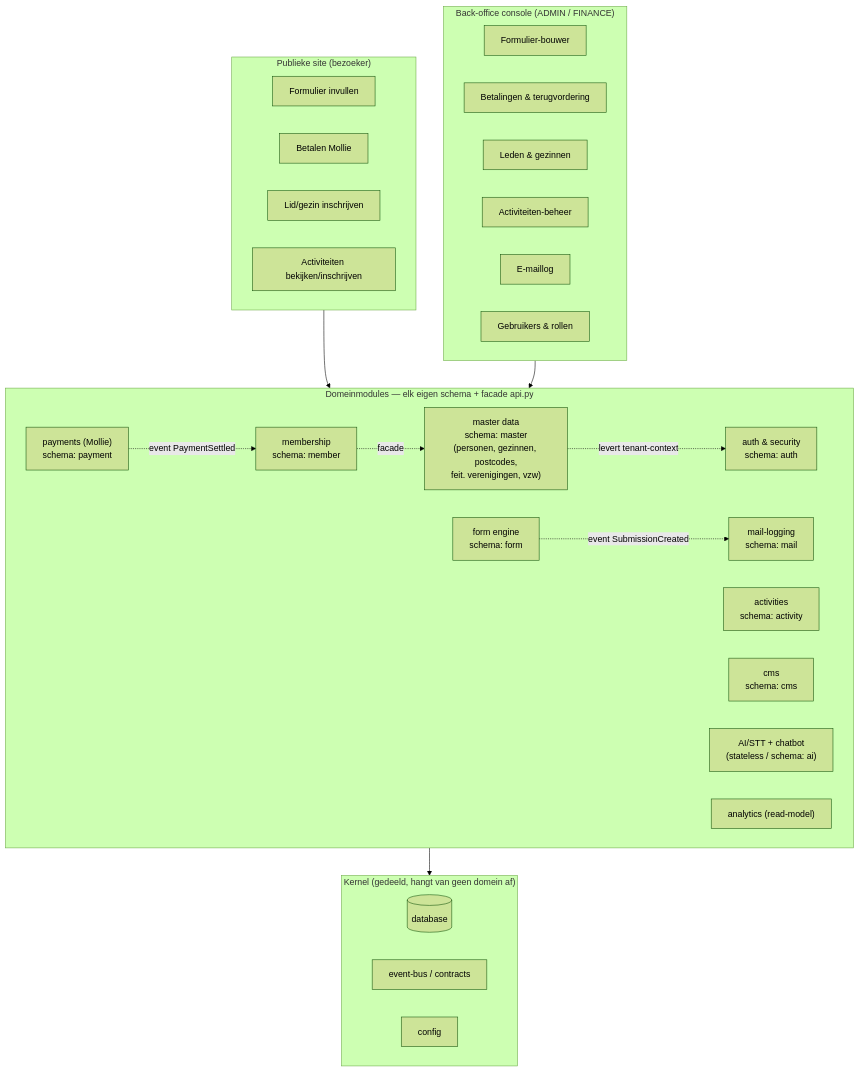
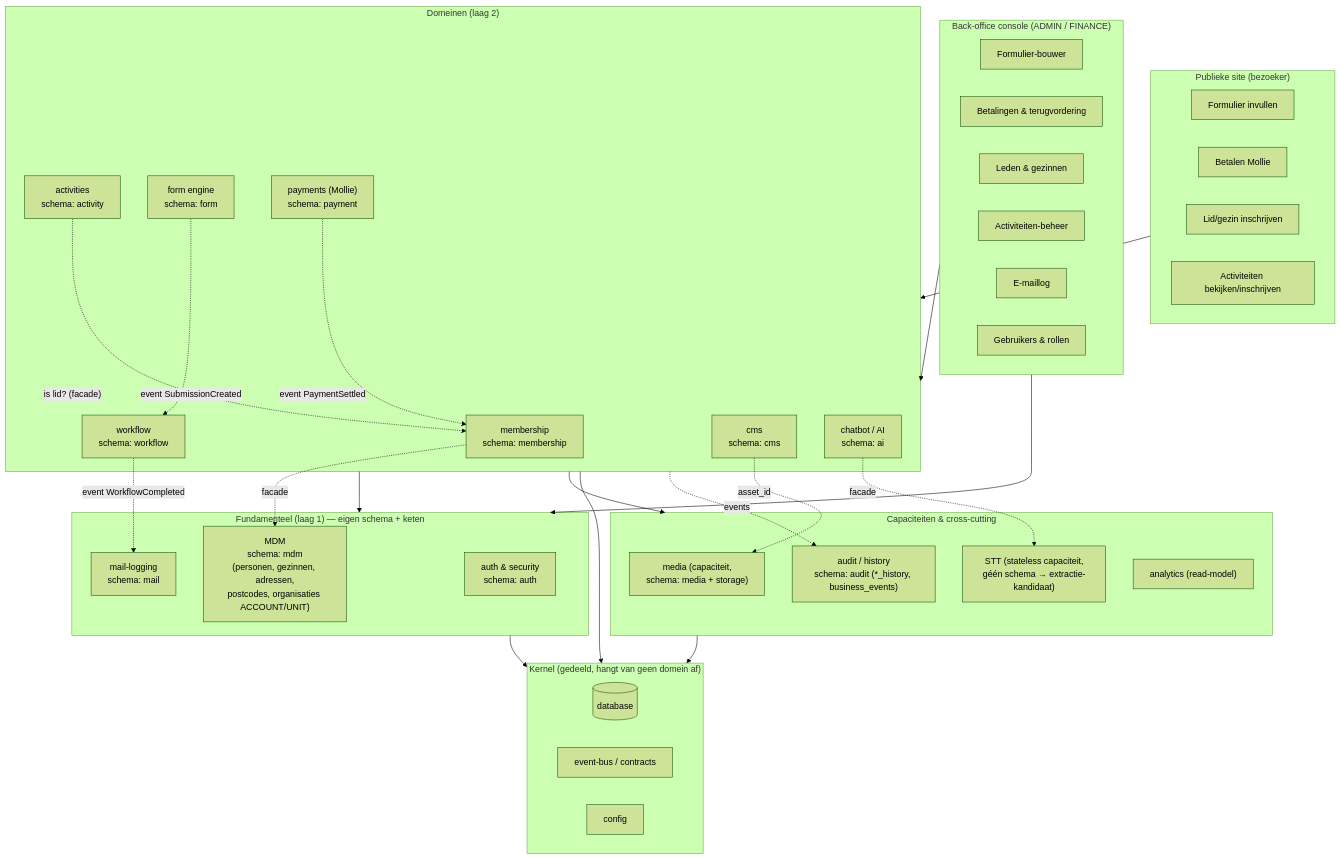
Before and after one commit to KoenRenders/KoenTest: the second of 10 diagrams in docs/intermediate-architecture-upgrade-v1.md, drawn with Mermaid (forest theme). The commit also changed other lines of this file, not shown here.

First line of the commit message:
docs: architecture v1 — componenten scherpgesteld + master→MDM

````diff
--- a/docs/intermediate-architecture-upgrade-v1.md
+++ b/docs/intermediate-architecture-upgrade-v1.md
@@ -78,47 +78,66 @@
 ```mermaid
 flowchart TB
   subgraph Public["Publieke site (bezoeker)"]
     PUB_FORM[Formulier invullen]
     PUB_PAY[Betalen Mollie]
     PUB_REG[Lid/gezin inschrijven]
     PUB_ACT[Activiteiten bekijken/inschrijven]
   end
 
   subgraph BO["Back-office console (ADMIN / FINANCE)"]
     BO_FORMBUILD[Formulier-bouwer]
     BO_PAY[Betalingen & terugvordering]
     BO_MEMBERS[Leden & gezinnen]
     BO_ACT[Activiteiten-beheer]
     BO_MAIL[E-maillog]
     BO_USERS[Gebruikers & rollen]
   end
 
   subgraph Kernel["Kernel (gedeeld, hangt van geen domein af)"]
     K_DB[(database)]
     K_EVENTS[event-bus / contracts]
     K_CFG[config]
   end
 
-  subgraph Domains["Domeinmodules — elk eigen schema + facade api.py"]
+  subgraph Foundational["Fundamenteel (laag 1) — eigen schema + keten"]
     D_AUTH["auth & security<br/>schema: auth"]
-    D_MASTER["master data<br/>schema: master<br/>(personen, gezinnen, postcodes,<br/>feit. verenigingen, vzw)"]
+    D_MASTER["MDM<br/>schema: mdm<br/>(personen, gezinnen, adressen,<br/>postcodes, organisaties ACCOUNT/UNIT)"]
+    D_MAIL["mail-logging<br/>schema: mail"]
+  end
+
+  subgraph Domains["Domeinen (laag 2)"]
+    D_MEMBER["membership<br/>schema: membership"]
+    D_ACT["activities<br/>schema: activity"]
     D_FORM["form engine<br/>schema: form"]
+    D_WF["workflow<br/>schema: workflow"]
     D_PAY["payments (Mollie)<br/>schema: payment"]
-    D_MAIL["mail-logging<br/>schema: mail"]
-    D_MEMBER["membership<br/>schema: member"]
-    D_ACT["activities<br/>schema: activity"]
     D_CMS["cms<br/>schema: cms"]
-    D_AI["AI/STT + chatbot<br/>(stateless / schema: ai)"]
+    D_CHAT["chatbot / AI<br/>schema: ai"]
+  end
+
+  subgraph Cap["Capaciteiten & cross-cutting"]
+    D_MEDIA["media (capaciteit,<br/>schema: media + storage)"]
+    D_STT["STT (stateless capaciteit,<br/>géén schema → extractie-kandidaat)"]
+    D_AUDIT["audit / history<br/>schema: audit (*_history, business_events)"]
     D_ANALYTICS["analytics (read-model)"]
   end
 
   Public --> Domains
   BO --> Domains
+  BO --> Foundational
+  Domains --> Foundational
+  Domains --> Cap
   Domains --> Kernel
+  Foundational --> Kernel
+  Cap --> Kernel
 
   %% cross-module enkel via facade/events
   D_MEMBER -. facade .-> D_MASTER
+  D_ACT -. "is lid? (facade)" .-> D_MEMBER
   D_PAY -. event PaymentSettled .-> D_MEMBER
-  D_FORM -. event SubmissionCreated .-> D_MAIL
-  D_MASTER -. levert tenant-context .-> D_AUTH
+  D_FORM -. event SubmissionCreated .-> D_WF
+  D_WF -. event WorkflowCompleted .-> D_MAIL
+  D_CHAT -. facade .-> D_STT
+  D_CMS -. asset_id .-> D_MEDIA
+  Domains -. events .-> D_AUDIT
 ```
````
